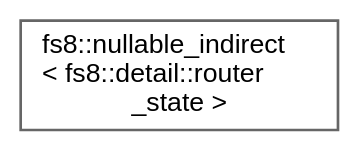
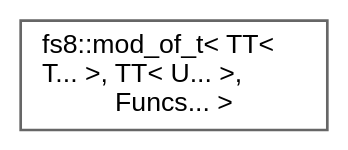
One commit to the-moisrex/foresight changed the diagram in api/inherit_graph_71.dot. Above: the diagram before and after it, drawn with Graphviz. The commit also changed 187 other files, not shown here.

```diff
--- a/api/inherit_graph_71.dot
+++ b/api/inherit_graph_71.dot
@@ -1,9 +1,9 @@
 digraph "Graphical Class Hierarchy"
 {
  // LATEX_PDF_SIZE
   bgcolor="transparent";
   edge [fontname=Helvetica,fontsize=10,labelfontname=Helvetica,labelfontsize=10];
   node [fontname=Helvetica,fontsize=10,shape=box,height=0.2,width=0.4];
   rankdir="LR";
-  Node0 [id="Node000000",label="fs8::nullable_indirect\l\< fs8::detail::router\l_state \>",height=0.2,width=0.4,color="grey40", fillcolor="white", style="filled",URL="$structfs8_1_1nullable__indirect.html",tooltip=" "];
+  Node0 [id="Node000000",label="fs8::mod_of_t\< TT\<\l T... \>, TT\< U... \>,\l Funcs... \>",height=0.2,width=0.4,color="grey40", fillcolor="white", style="filled",URL="$structfs8_1_1mod__of__t_3_01TT_3_01T_8_8_8_01_4_00_01TT_3_01U_8_8_8_01_4_00_01Funcs_8_8_8_01_4.html",tooltip="For uinput_picker<N>"];
 }
```
